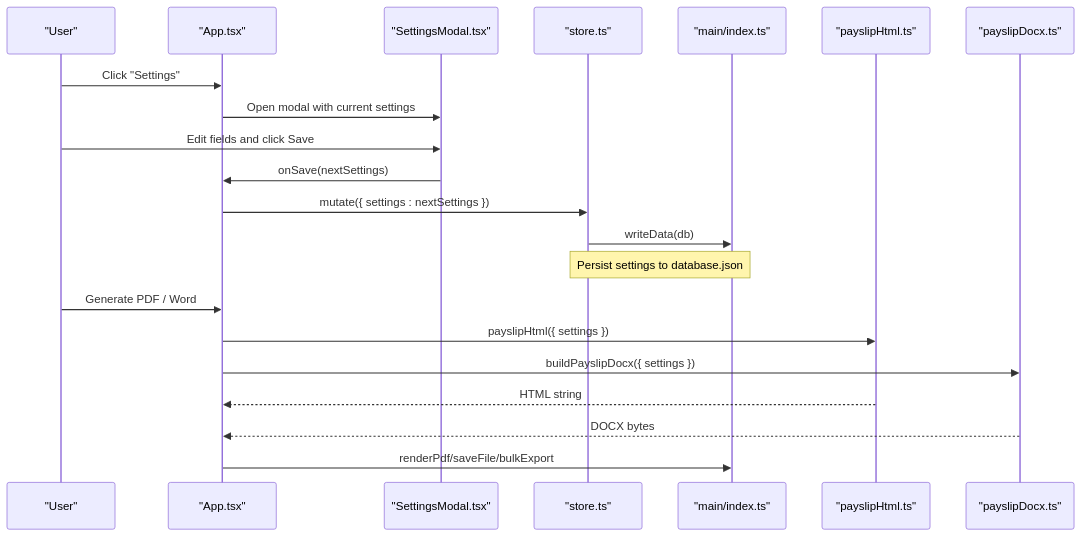
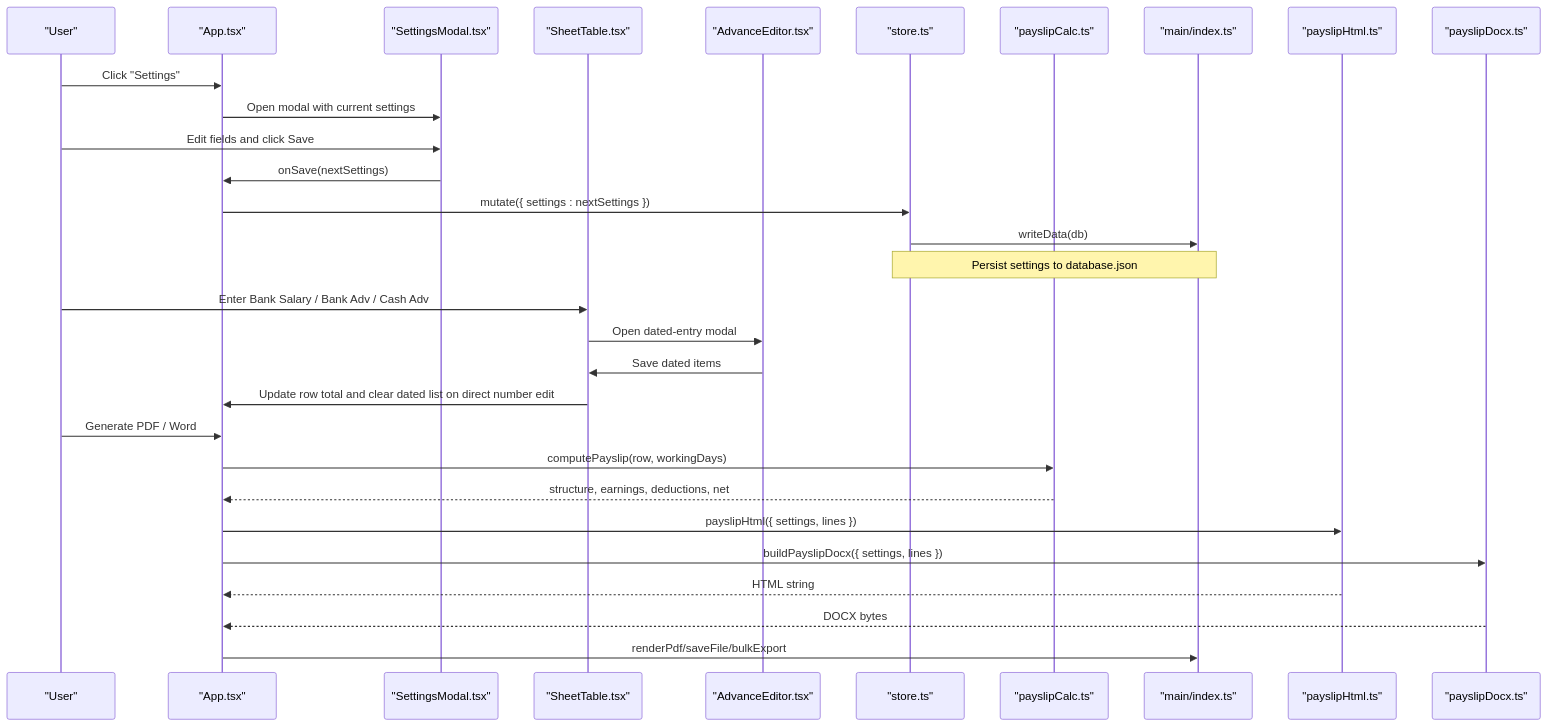
The second of 3 diagrams in .qoder/repowiki/en/content/User Guide/Settings and Customization.md (MdodoIng/salery-slip-generater), drawn with Mermaid before and after one commit. The commit also changed other lines of this file and 22 other files, not shown here.

First line of the commit message:
feat(payslip): centralize computation and add dated advance breakdowns

````diff
--- a/.qoder/repowiki/en/content/User Guide/Settings and Customization.md
+++ b/.qoder/repowiki/en/content/User Guide/Settings and Customization.md
@@ -119,23 +149,32 @@
 ```mermaid
 sequenceDiagram
 participant User as "User"
 participant App as "App.tsx"
 participant Modal as "SettingsModal.tsx"
+participant Sheet as "SheetTable.tsx"
+participant AdvEdit as "AdvanceEditor.tsx"
 participant Store as "store.ts"
+participant Calc as "payslipCalc.ts"
 participant Main as "main/index.ts"
 participant Html as "payslipHtml.ts"
 participant Docx as "payslipDocx.ts"
 User->>App : Click "Settings"
 App->>Modal : Open modal with current settings
 User->>Modal : Edit fields and click Save
 Modal->>App : onSave(nextSettings)
 App->>Store : mutate({ settings : nextSettings })
 Store->>Main : writeData(db)
 Note over Store,Main : Persist settings to database.json
+User->>Sheet : Enter Bank Salary / Bank Adv / Cash Adv
+Sheet->>AdvEdit : Open dated-entry modal
+AdvEdit->>Sheet : Save dated items
+Sheet->>App : Update row total and clear dated list on direct number edit
 User->>App : Generate PDF / Word
-App->>Html : payslipHtml({ settings })
-App->>Docx : buildPayslipDocx({ settings })
+App->>Calc : computePayslip(row, workingDays)
+Calc-->>App : structure, earnings, deductions, net
+App->>Html : payslipHtml({ settings, lines })
+App->>Docx : buildPayslipDocx({ settings, lines })
 Html-->>App : HTML string
 Docx-->>App : DOCX bytes
 App->>Main : renderPdf/saveFile/bulkExport
 ```
````
